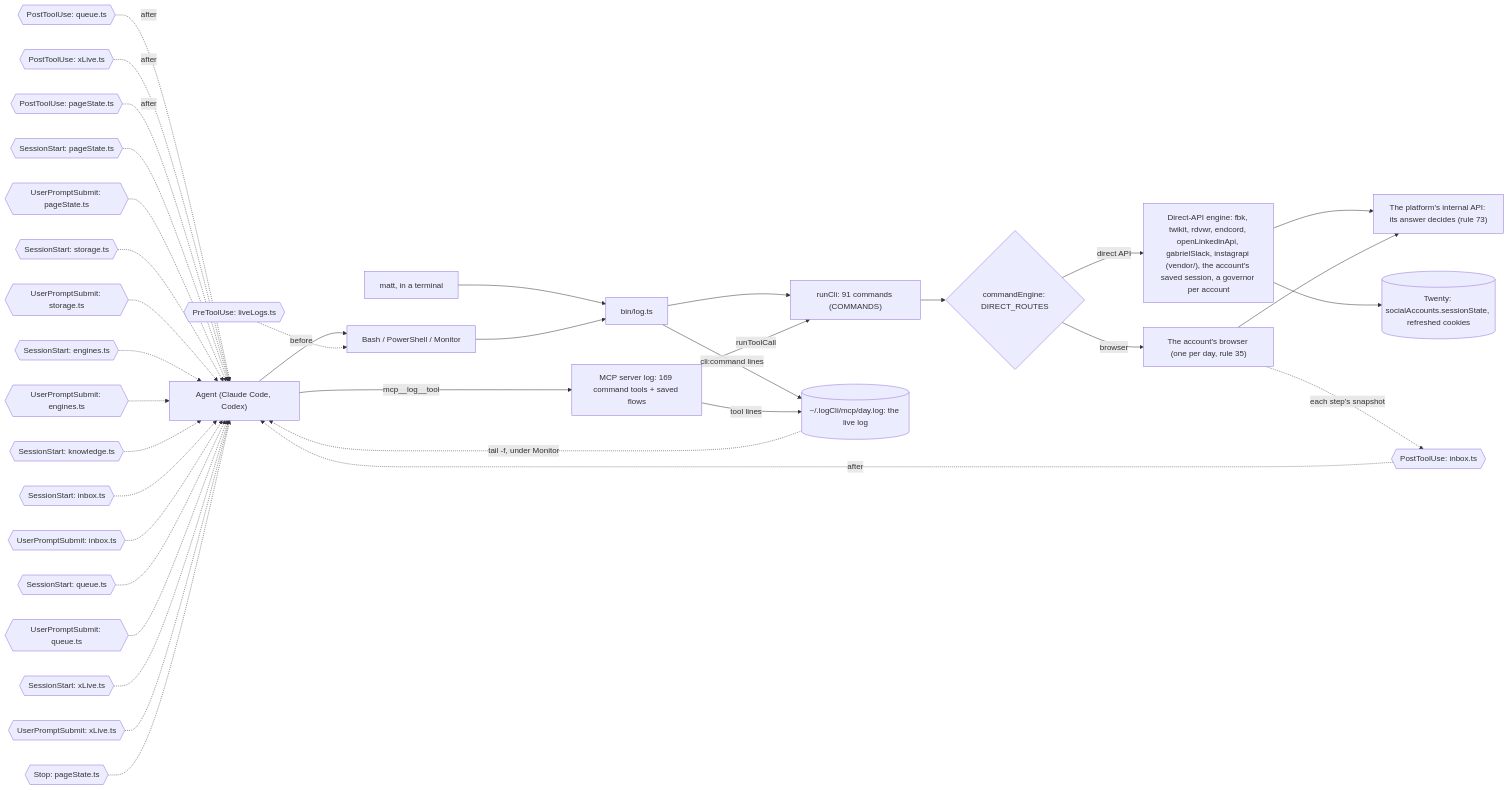
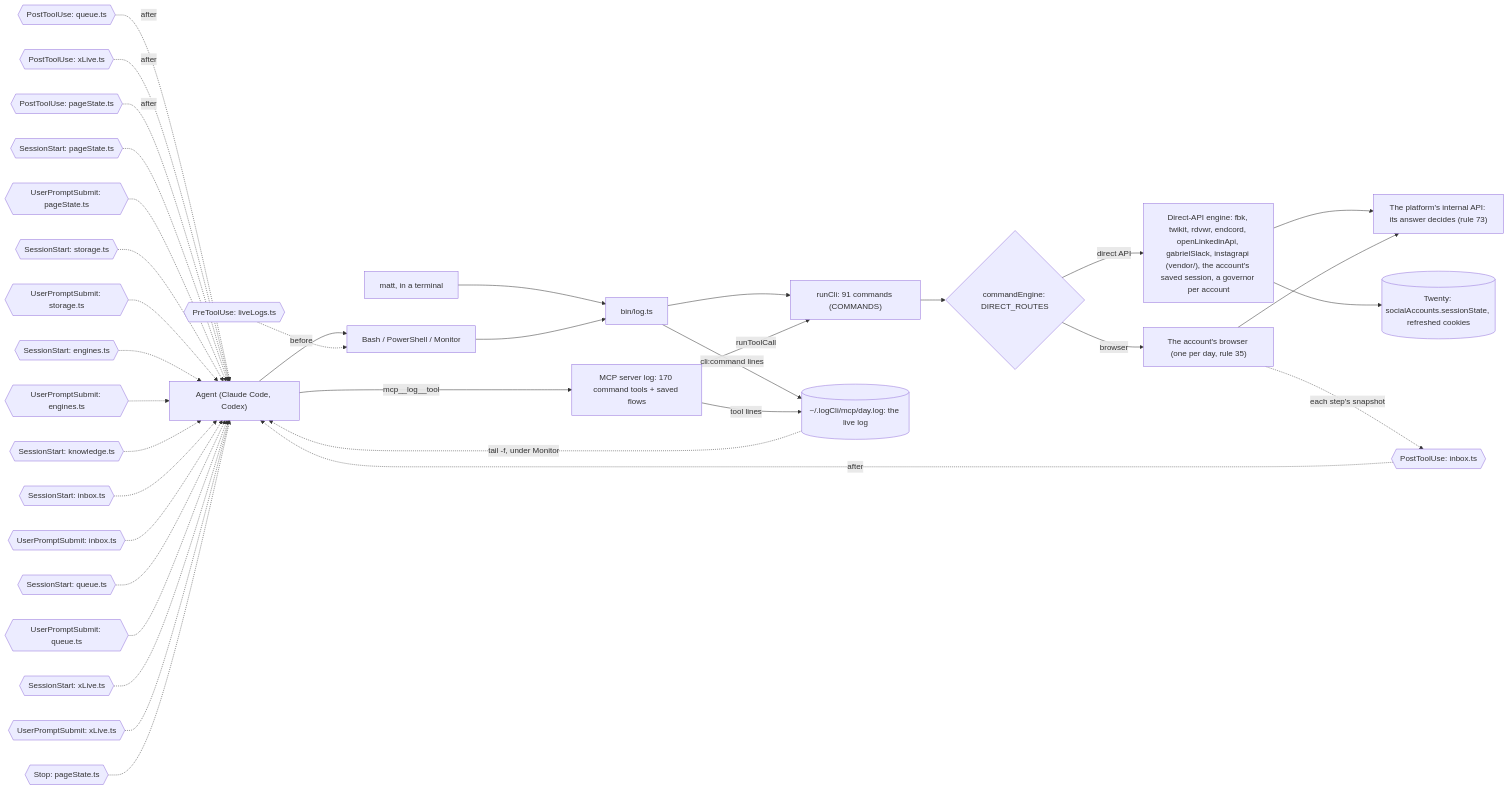
Before and after one commit to matthewdonsemail-lab/log: the third of 6 diagrams in docs/reference.md, drawn with Mermaid. The commit also changed other lines of this file and 19 other files, not shown here.

````diff
--- a/docs/reference.md
+++ b/docs/reference.md
@@ -186,50 +186,50 @@
 ```mermaid
 flowchart LR
   agent["Agent (Claude Code, Codex)"]
   matt["matt, in a terminal"]
   shell["Bash / PowerShell / Monitor"]
-  mcp["MCP server log: 169 command tools + saved flows"]
+  mcp["MCP server log: 170 command tools + saved flows"]
   bin["bin/log.ts"]
   runCli["runCli: 91 commands (COMMANDS)"]
   live[("~/.logCli/mcp/day.log: the live log")]
   engine{"commandEngine: DIRECT_ROUTES"}
   direct["Direct-API engine: fbk, twikit, rdvwr, endcord, openLinkedinApi, gabrielSlack, instagrapi (vendor/), the account's saved session, a governor per account"]
   browser["The account's browser (one per day, rule 35)"]
   api["The platform's internal API: its answer decides (rule 73)"]
   twenty[("Twenty: socialAccounts.sessionState, refreshed cookies")]
   agent --> shell
   matt --> bin
   shell --> bin
   agent -->|mcp__log__tool| mcp
   bin --> runCli
   mcp -->|runToolCall| runCli
   runCli --> engine
   engine -->|direct API| direct
   engine -->|browser| browser
   direct --> api
   browser --> api
   direct --> twenty
   bin -->|cli:command lines| live
   mcp -->|tool lines| live
   live -.->|tail -f, under Monitor| agent
   pre0{{"PreToolUse: liveLogs.ts"}} -.->|before| shell
   post0{{"PostToolUse: inbox.ts"}} -.->|after| agent
   post1{{"PostToolUse: queue.ts"}} -.->|after| agent
   post2{{"PostToolUse: xLive.ts"}} -.->|after| agent
   post3{{"PostToolUse: pageState.ts"}} -.->|after| agent
   turn0{{"SessionStart: pageState.ts"}} -.-> agent
   turn1{{"UserPromptSubmit: pageState.ts"}} -.-> agent
   turn2{{"SessionStart: storage.ts"}} -.-> agent
   turn3{{"UserPromptSubmit: storage.ts"}} -.-> agent
   turn4{{"SessionStart: engines.ts"}} -.-> agent
   turn5{{"UserPromptSubmit: engines.ts"}} -.-> agent
   turn6{{"SessionStart: knowledge.ts"}} -.-> agent
   turn7{{"SessionStart: inbox.ts"}} -.-> agent
   turn8{{"UserPromptSubmit: inbox.ts"}} -.-> agent
   turn9{{"SessionStart: queue.ts"}} -.-> agent
   turn10{{"UserPromptSubmit: queue.ts"}} -.-> agent
   turn11{{"SessionStart: xLive.ts"}} -.-> agent
   turn12{{"UserPromptSubmit: xLive.ts"}} -.-> agent
   turn13{{"Stop: pageState.ts"}} -.-> agent
   browser -.->|each step's snapshot| post0
 ```
````
